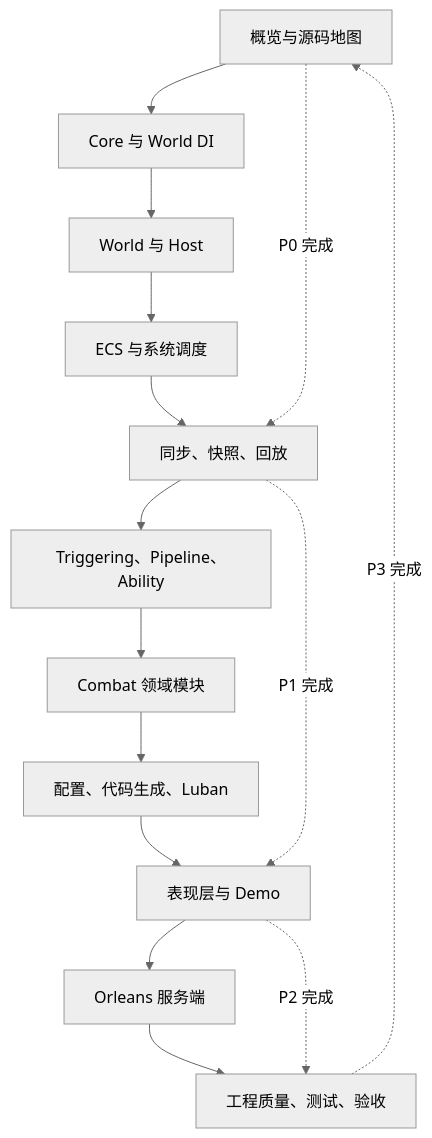
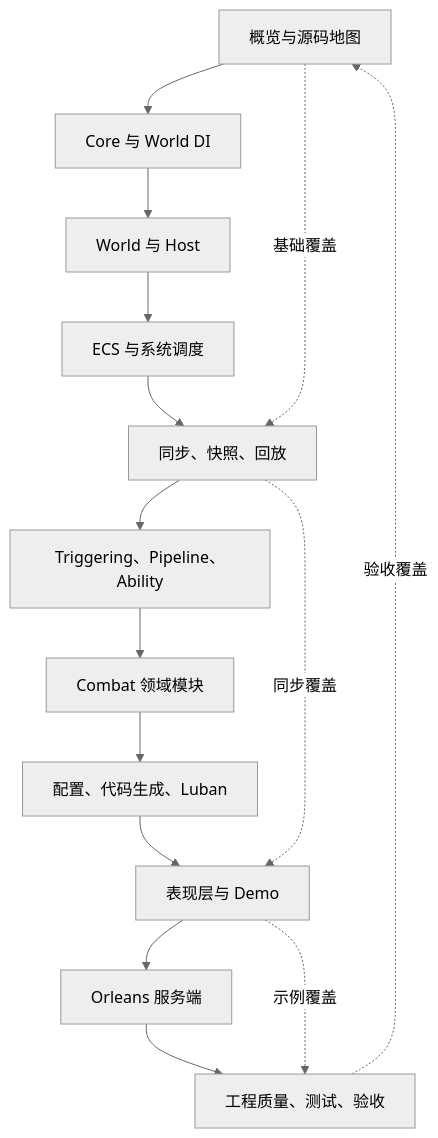
One commit to Kurumioi/AbilityKit changed the first of 7 diagrams in Docs/design/11-DocumentationCompletionPlan.md. Above: the diagram before and after it, drawn with Mermaid (neutral theme). The commit also changed other lines of this file and 112 other files, not shown here.

````diff
--- a/Docs/design/11-DocumentationCompletionPlan.md
+++ b/Docs/design/11-DocumentationCompletionPlan.md
@@ -39,18 +39,18 @@
 ```mermaid
 flowchart TD
     A[概览与源码地图] --> B[Core 与 World DI]
     B --> C[World 与 Host]
     C --> D[ECS 与系统调度]
     D --> E[同步、快照、回放]
     E --> F[Triggering、Pipeline、Ability]
     F --> G[Combat 领域模块]
     G --> H[配置、代码生成、Luban]
     H --> I[表现层与 Demo]
     I --> J[Orleans 服务端]
     J --> K[工程质量、测试、验收]
 
-    A -. P0 完成 .-> E
-    E -. P1 完成 .-> I
-    I -. P2 完成 .-> K
-    K -. P3 完成 .-> A
+    A -. 基础覆盖 .-> E
+    E -. 同步覆盖 .-> I
+    I -. 示例覆盖 .-> K
+    K -. 验收覆盖 .-> A
 ```
````
